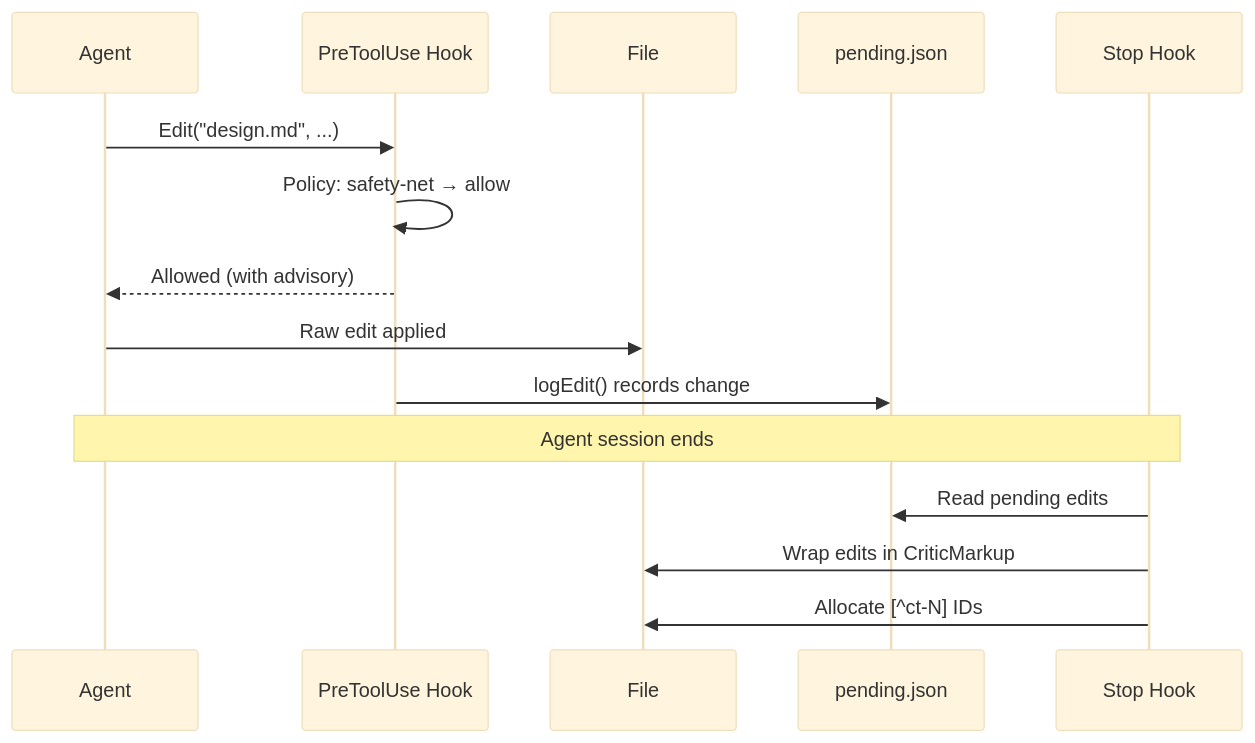
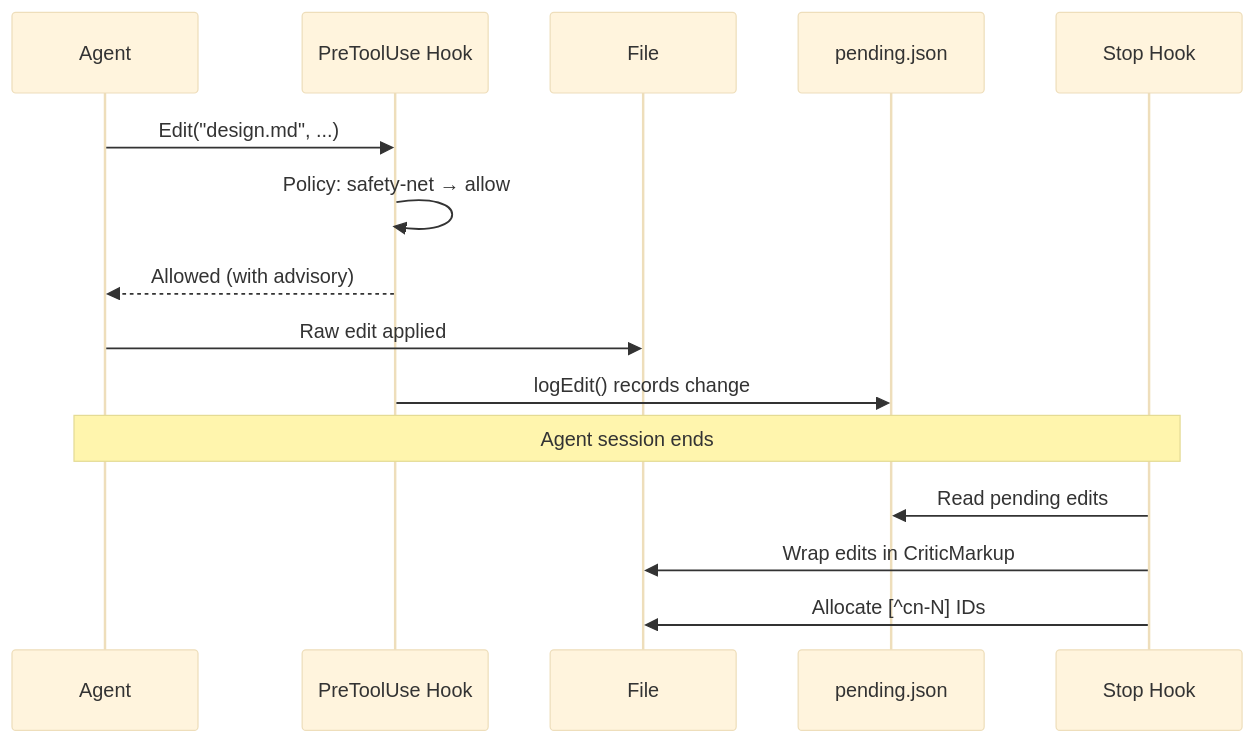
One commit to hackerbara/changedown changed the second of 3 diagrams in docs/public/how-track-changes-works.md. Above: the diagram before and after it, drawn with Mermaid (base theme). The commit also changed other lines of this file and 1114 other files, not shown here.

````diff
--- a/docs/public/how-track-changes-works.md
+++ b/docs/public/how-track-changes-works.md
@@ -172,20 +172,20 @@
 ```mermaid
 sequenceDiagram
     participant Agent
     participant Hook as PreToolUse Hook
     participant File
     participant Log as pending.json
     participant Stop as Stop Hook
 
     Agent->>Hook: Edit("design.md", ...)
     Hook->>Hook: Policy: safety-net → allow
     Hook-->>Agent: Allowed (with advisory)
     Agent->>File: Raw edit applied
     Hook->>Log: logEdit() records change
 
     Note over Agent,Stop: Agent session ends
 
     Stop->>Log: Read pending edits
     Stop->>File: Wrap edits in CriticMarkup
-    Stop->>File: Allocate [^ct-N] IDs
+    Stop->>File: Allocate [^cn-N] IDs
 ```
````
